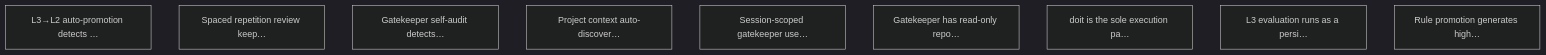
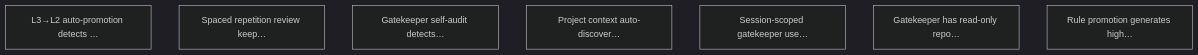
The diagram in docs/targets.md (marcelocantos/doit), drawn with Mermaid (dark theme) before and after one commit. The commit also changed other lines of this file and 11 other files, not shown here.

First line of the commit message:
L3 claudia session and sole execution path enforcement (#12)

````diff
--- a/docs/targets.md
+++ b/docs/targets.md
@@ -195,12 +197,10 @@
 ```mermaid
 graph TD
     T10["L3→L2 auto-promotion detects …"]
     T11["Spaced repetition review keep…"]
     T12["Gatekeeper self-audit detects…"]
     T13["Project context auto-discover…"]
     T14["Session-scoped gatekeeper use…"]
     T15["Gatekeeper has read-only repo…"]
-    T16["doit is the sole execution pa…"]
-    T8["L3 evaluation runs as a persi…"]
     T9["Rule promotion generates high…"]
 ```
````
